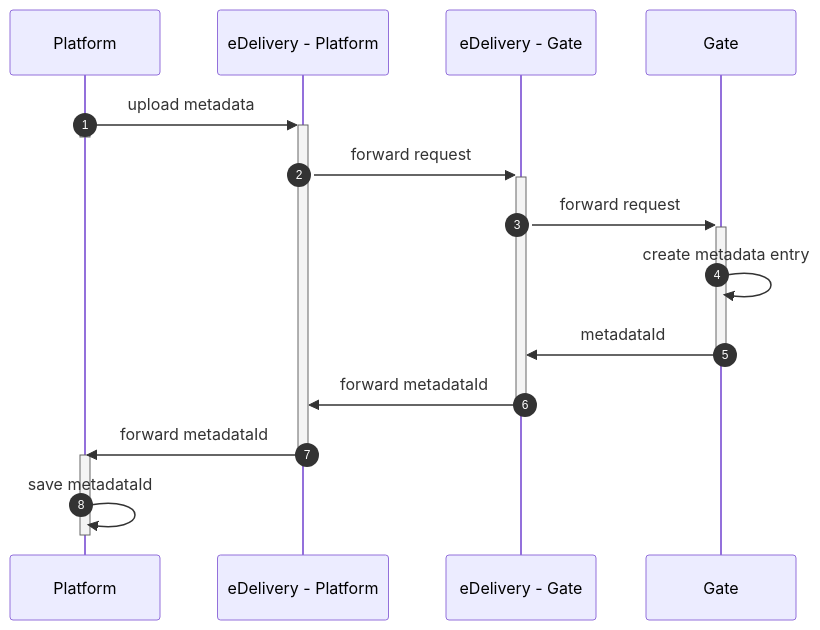
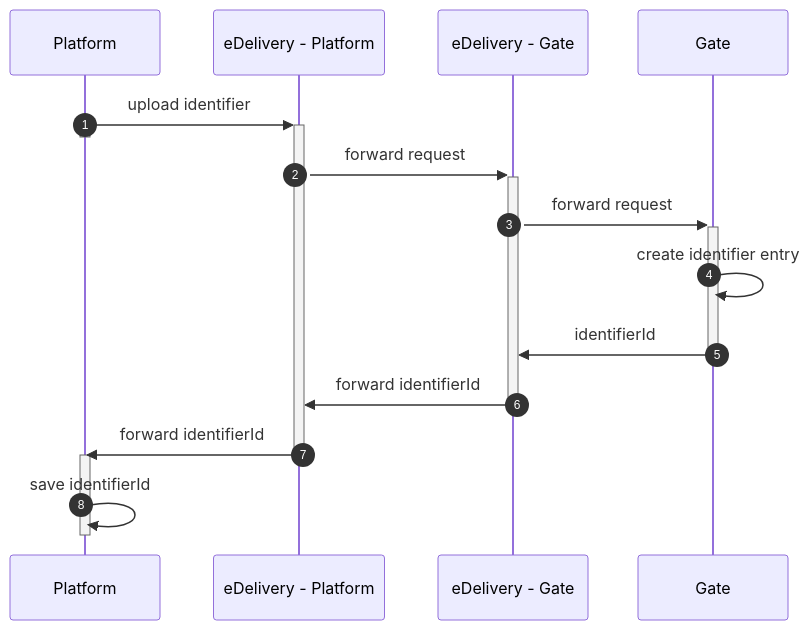
One commit to EFTI4EU/reference-implementation changed the first of 4 diagrams in implementation/README.md. Above: the diagram before and after it, drawn with Mermaid. The commit also changed other lines of this file and 2 other files, not shown here.

````diff
--- a/implementation/README.md
+++ b/implementation/README.md
@@ -68,22 +70,22 @@
 ```mermaid
 sequenceDiagram
     autonumber
     participant pfm as Platform
     participant pdom as eDelivery - Platform
     participant ldom as eDelivery - Gate
     participant lgate as Gate
 
-    pfm->>+pdom: upload metadata
+    pfm->>+pdom: upload identifier
     activate pfm
     deactivate pfm
     pdom->>+ldom: forward request
     ldom->>+lgate: forward request
-    lgate->>lgate: create metadata entry
-    lgate->>ldom: metadataId
+    lgate->>lgate: create identifier entry
+    lgate->>ldom: identifierId
     deactivate lgate
-    ldom->>-pdom: forward metadataId
-    pdom->>-pfm: forward metadataId
+    ldom->>-pdom: forward identifierId
+    pdom->>-pfm: forward identifierId
     activate pfm
-    pfm->>pfm: save metadataId
+    pfm->>pfm: save identifierId
     deactivate pfm
 ```
````
